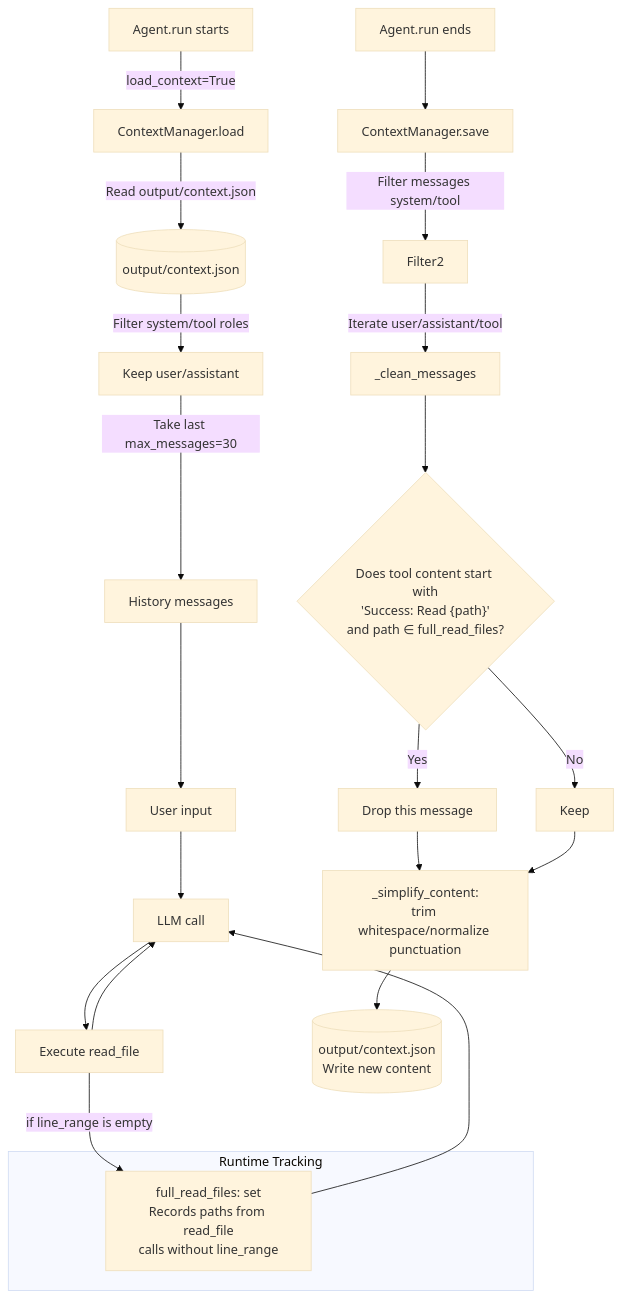
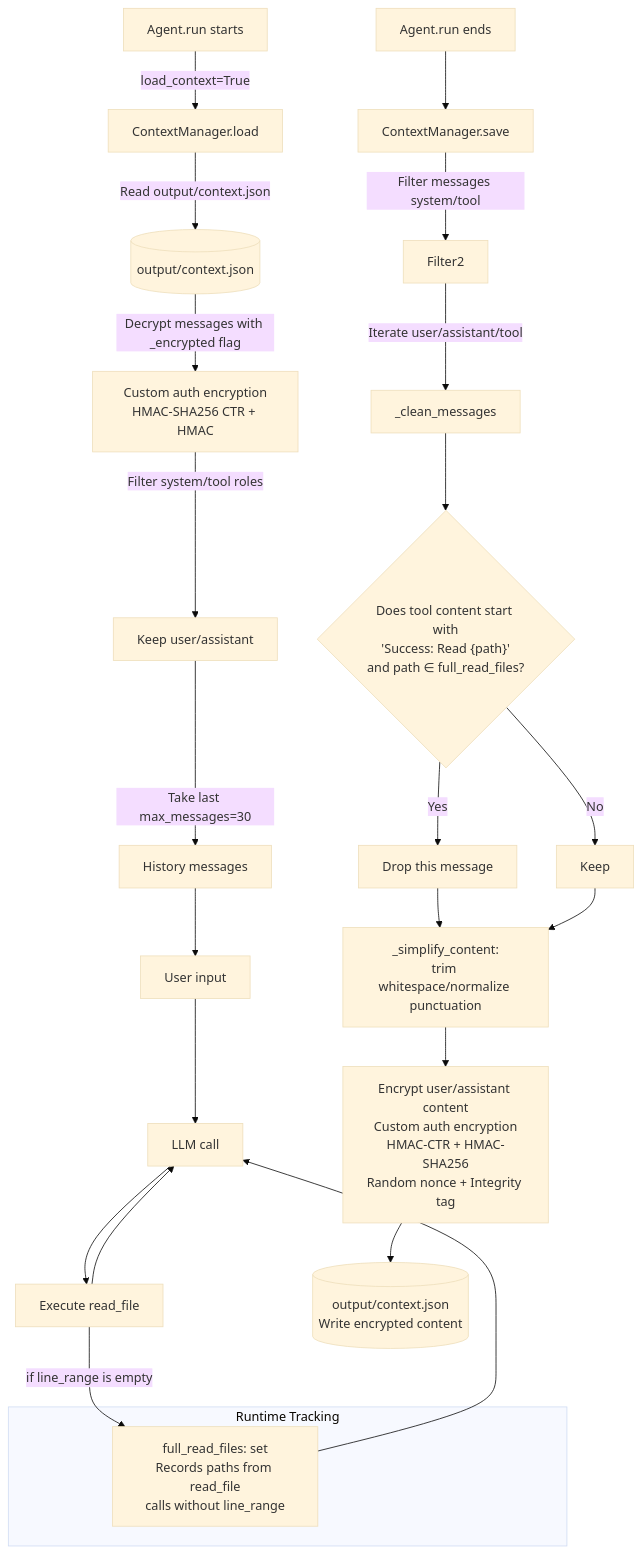
The seventh of 15 diagrams in docs/ARCHITECTURE.md (lg841226/Gradum), drawn with Mermaid (base theme) before and after one commit. The commit also changed other lines of this file and 16 other files, not shown here.

````diff
--- a/docs/ARCHITECTURE.md
+++ b/docs/ARCHITECTURE.md
@@ -716,35 +711,37 @@
 ```mermaid
 flowchart TD
     A1[Agent.run starts]:::core
     A2[User input]:::core
     A3[LLM call]:::core
     A4[Execute read_file]:::core
     A5[Agent.run ends]:::core
 
     subgraph Runtime Tracking
         Track["full_read_files: set<br/>Records paths from read_file<br/>calls without line_range"]:::data
     end
 
     A4 -->|if line_range is empty| Track
     Track --> A3
 
     A1 -->|"load_context=True"| Load[ContextManager.load]:::io
     Load -->|Read output/context.json| File1[("output/context.json")]:::fs
-    File1 -->|Filter system/tool roles| Filter1[Keep user/assistant]
+    File1 -->|Decrypt messages with _encrypted flag| Decrypt[Custom auth encryption<br/>HMAC-SHA256 CTR + HMAC]
+    Decrypt -->|Filter system/tool roles| Filter1[Keep user/assistant]
     Filter1 -->|Take last max_messages=30| MSGS1[History messages]
     MSGS1 --> A2
 
     A2 --> A3
     A3 --> A4
     A4 --> A3
 
     A5 --> Save[ContextManager.save]:::io
     Save -->|Filter messages system/tool| Filter2
     Filter2 -->|Iterate user/assistant/tool| Clean[_clean_messages]
     Clean --> Check{"Does tool content start with<br/>'Success: Read {path}'<br/>and path ∈ full_read_files?"}
     Check -->|Yes| Drop[Drop this message]
     Check -->|No| Keep[Keep]
     Drop --> Simp
     Keep --> Simp[_simplify_content:<br/>trim whitespace/normalize punctuation]
-    Simp --> Out[("output/context.json<br/>Write new content")]
+    Simp --> Encrypt["Encrypt user/assistant content<br/>Custom auth encryption<br/>HMAC-CTR + HMAC-SHA256<br/>Random nonce + Integrity tag"]
+    Encrypt --> Out[("output/context.json<br/>Write encrypted content")]
 ```
````
